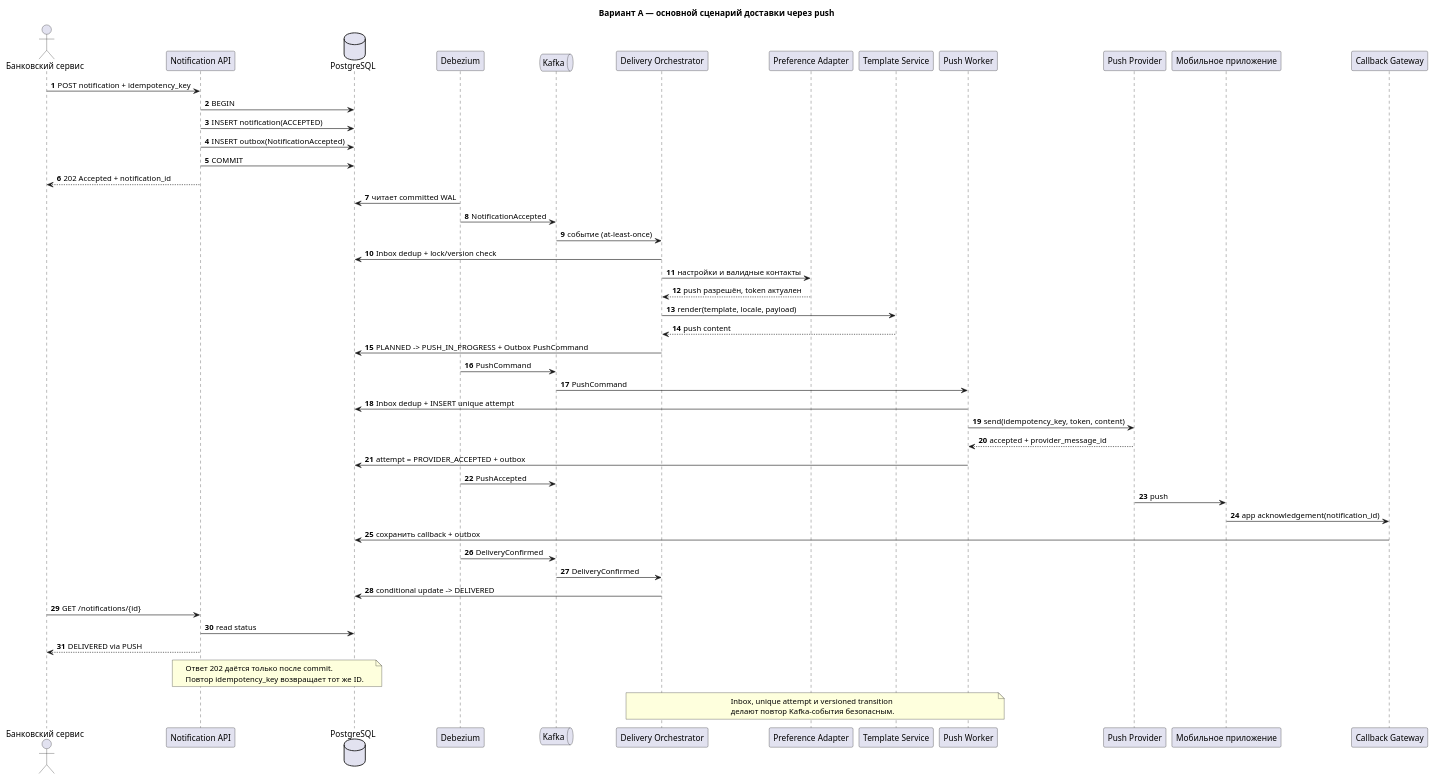
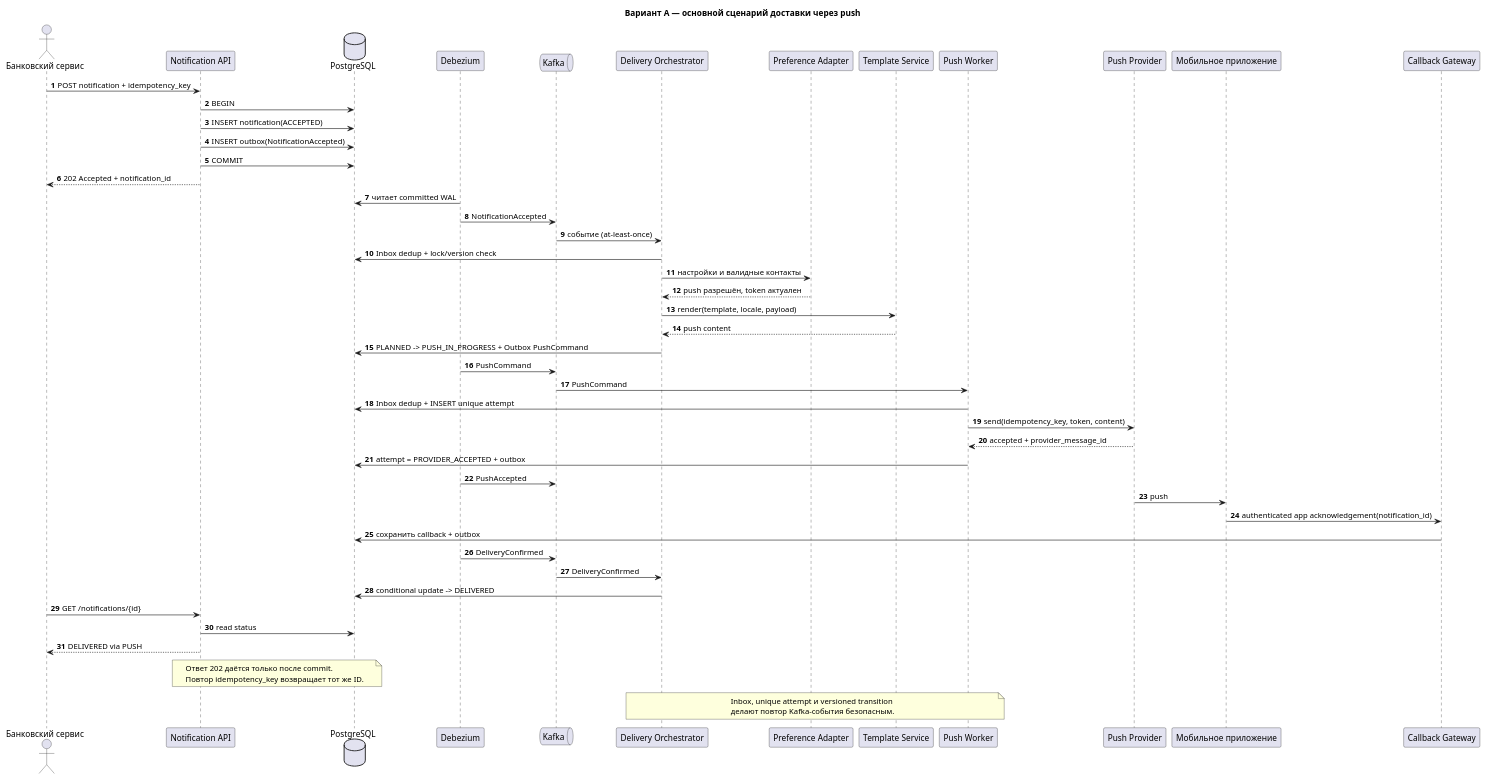
The diagram in diagrams/sequence-option-a-main.puml (ItsBelyaev/notification-platform-homework), drawn with PlantUML before and after one commit. The commit also changed 7 other files, not shown here.

Commit message:
Fix notification architecture consistency

```diff
--- a/diagrams/sequence-option-a-main.puml
+++ b/diagrams/sequence-option-a-main.puml
@@ -1,62 +1,62 @@
 @startuml
 title Вариант A — основной сценарий доставки через push
 autonumber
 
 actor "Банковский сервис" as Source
 participant "Notification API" as API
 database "PostgreSQL" as DB
 participant "Debezium" as CDC
 queue "Kafka" as Kafka
 participant "Delivery Orchestrator" as Orchestrator
 participant "Preference Adapter" as Pref
 participant "Template Service" as Template
 participant "Push Worker" as Worker
 participant "Push Provider" as Provider
 participant "Мобильное приложение" as App
 participant "Callback Gateway" as Callback
 
 Source -> API: POST notification + idempotency_key
 API -> DB: BEGIN
 API -> DB: INSERT notification(ACCEPTED)
 API -> DB: INSERT outbox(NotificationAccepted)
 API -> DB: COMMIT
 API --> Source: 202 Accepted + notification_id
 
 CDC -> DB: читает committed WAL
 CDC -> Kafka: NotificationAccepted
 Kafka -> Orchestrator: событие (at-least-once)
 Orchestrator -> DB: Inbox dedup + lock/version check
 Orchestrator -> Pref: настройки и валидные контакты
 Pref --> Orchestrator: push разрешён, token актуален
 Orchestrator -> Template: render(template, locale, payload)
 Template --> Orchestrator: push content
 Orchestrator -> DB: PLANNED -> PUSH_IN_PROGRESS + Outbox PushCommand
 CDC -> Kafka: PushCommand
 
 Kafka -> Worker: PushCommand
 Worker -> DB: Inbox dedup + INSERT unique attempt
 Worker -> Provider: send(idempotency_key, token, content)
 Provider --> Worker: accepted + provider_message_id
 Worker -> DB: attempt = PROVIDER_ACCEPTED + outbox
 CDC -> Kafka: PushAccepted
 Provider -> App: push
-App -> Callback: app acknowledgement(notification_id)
+App -> Callback: authenticated app acknowledgement(notification_id)
 Callback -> DB: сохранить callback + outbox
 CDC -> Kafka: DeliveryConfirmed
 Kafka -> Orchestrator: DeliveryConfirmed
 Orchestrator -> DB: conditional update -> DELIVERED
 
 Source -> API: GET /notifications/{id}
 API -> DB: read status
 API --> Source: DELIVERED via PUSH
 
 note over API,DB
 Ответ 202 даётся только после commit.
 Повтор idempotency_key возвращает тот же ID.
 end note
 
 note over Worker,Orchestrator
 Inbox, unique attempt и versioned transition
 делают повтор Kafka-события безопасным.
 end note
 @enduml
```
